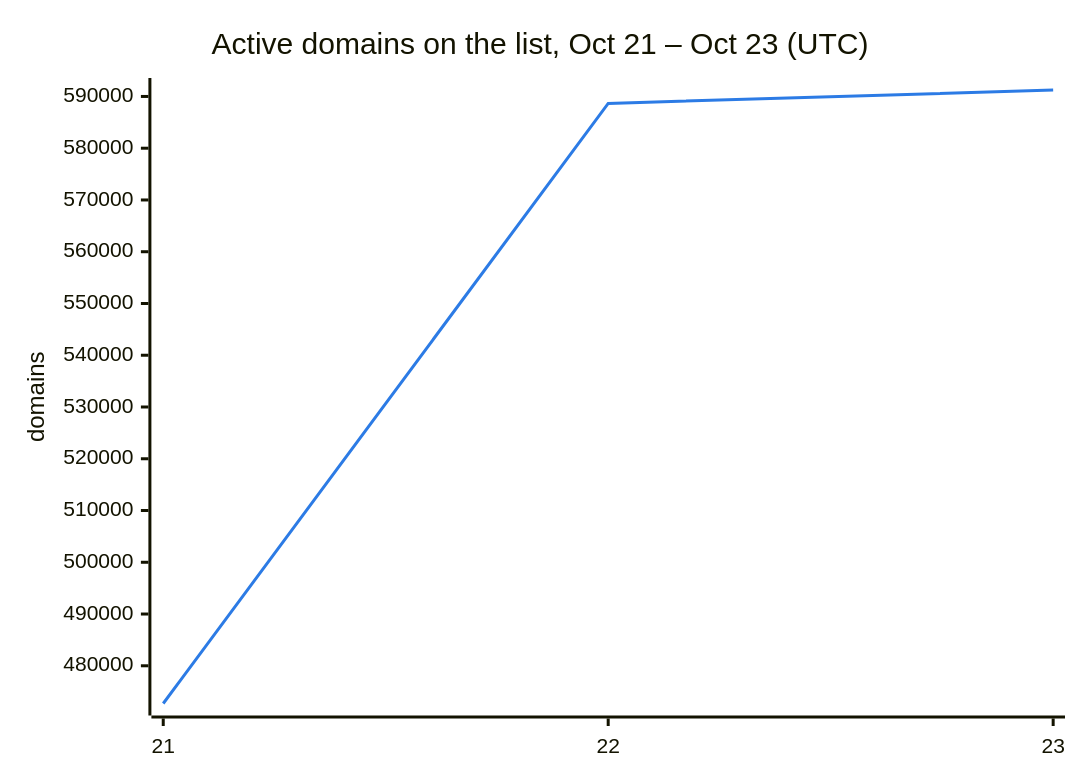
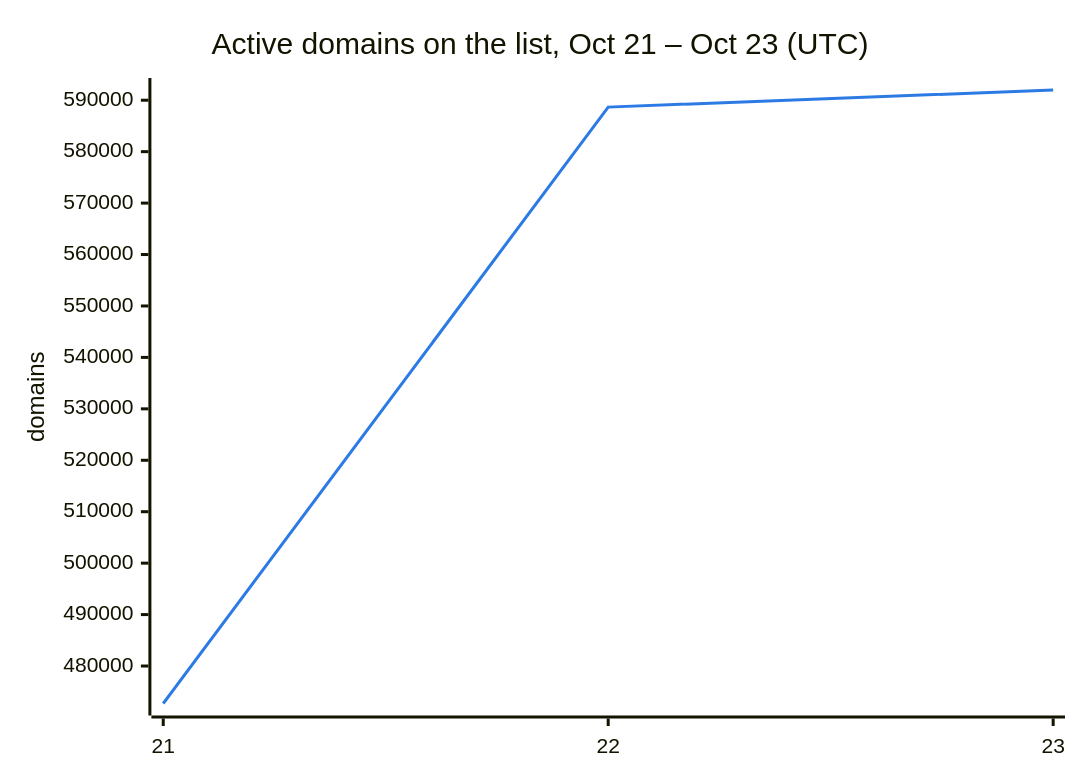
Before and after one commit to DNSBunker/CTI: the second of 3 diagrams in README.md, drawn with Mermaid. The commit also changed other lines of this file and 3 other files, not shown here.

````diff
--- a/README.md
+++ b/README.md
@@ -38,8 +38,8 @@
 ```mermaid
 %%{init: {"themeVariables": {"xyChart": {"plotColorPalette": "#2c7be5"}}}}%%
 xychart-beta
     title "Active domains on the list, Oct 21 – Oct 23 (UTC)"
     x-axis ["21", "22", "23"]
     y-axis "domains"
-    line [472713, 588659, 591247]
+    line [472713, 588659, 591988]
 ```
````
